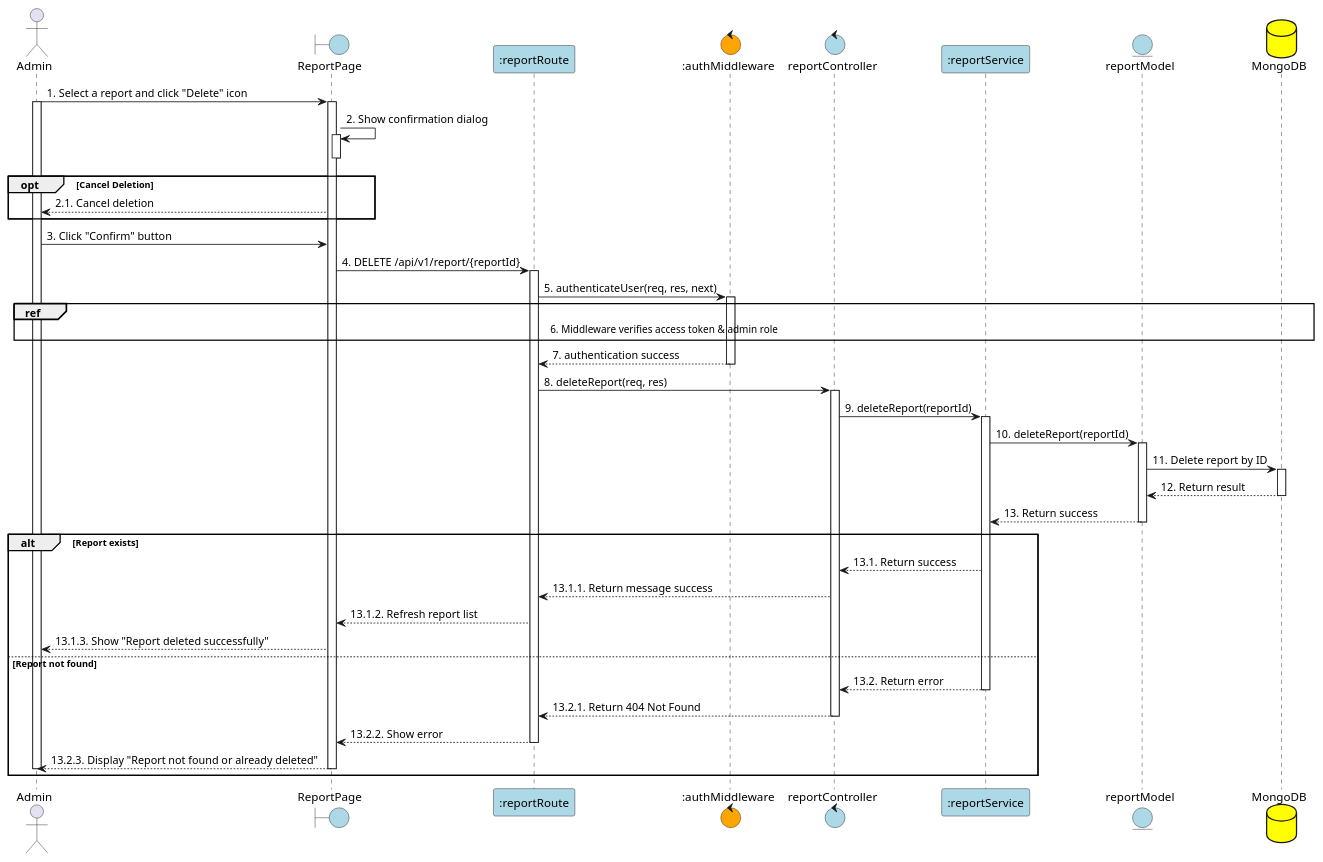
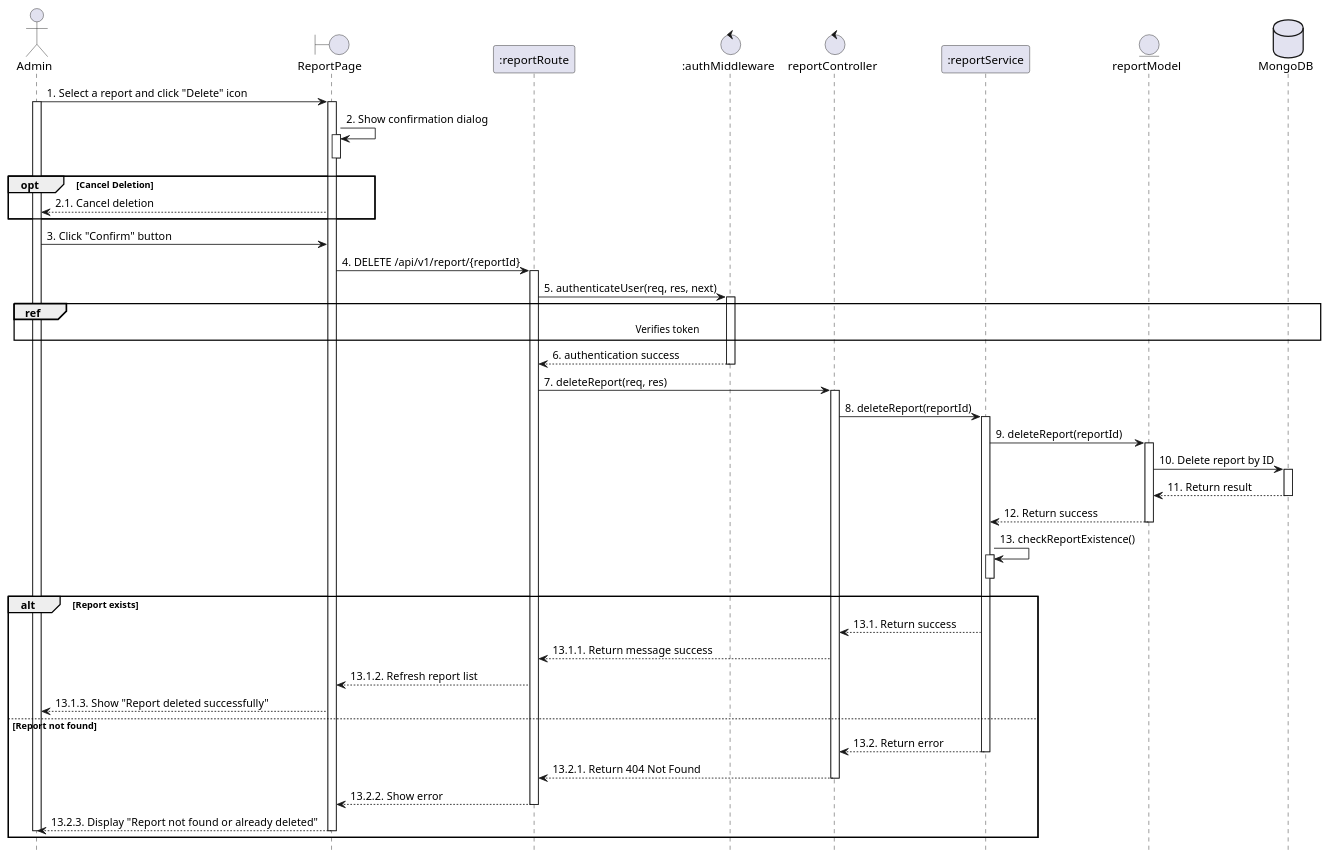
Before and after one commit to VietDurian/VietDurian: the diagram in planuml/web/19.4_deleteReport.puml, drawn with PlantUML. The commit also changed 22 other files, not shown here.

Commit message:
update sequence + be: fix type-product-pagination

```diff
--- a/planuml/web/19.4_deleteReport.puml
+++ b/planuml/web/19.4_deleteReport.puml
@@ -1,73 +1,74 @@
 @startuml DeleteReport
 
 actor Admin
-boundary "ReportPage" as View #lightblue
-participant ":reportRoute" as Route #lightblue
-control ":authMiddleware" as Auth #Orange
-control "reportController" as Controller #lightblue
-participant ":reportService" as Service #lightblue
-entity "reportModel" as Model #lightblue
-database "MongoDB" as MongoDB #yellow
+boundary "ReportPage" as View 
+participant ":reportRoute" as Route 
+control ":authMiddleware" as Auth 
+control "reportController" as Controller 
+participant ":reportService" as Service 
+entity "reportModel" as Model 
+database "MongoDB" as MongoDB 
+hide footbox
 
 Admin -> View: 1. Select a report and click "Delete" icon
 activate Admin
 activate View
 
 View -> View: 2. Show confirmation dialog
 activate View
 deactivate View
 
 opt Cancel Deletion
     View --> Admin: 2.1. Cancel deletion 
 end
 
 Admin -> View: 3. Click "Confirm" button
 
 View -> Route: 4. DELETE /api/v1/report/{reportId}
 activate Route
 
 Route -> Auth: 5. authenticateUser(req, res, next)
 activate Auth
-ref over Admin, View, Route, Auth, Controller, Service, Model, MongoDB : 6. Middleware verifies access token & admin role
+ref over Admin, MongoDB : Verifies token
 
-Auth --> Route: 7. authentication success
+Auth --> Route: 6. authentication success
 deactivate Auth
-    Route -> Controller: 8. deleteReport(req, res)
+    Route -> Controller: 7. deleteReport(req, res)
     activate Controller
 
-    Controller -> Service: 9. deleteReport(reportId)
+    Controller -> Service: 8. deleteReport(reportId)
     activate Service
 
-    Service -> Model: 10. deleteReport(reportId)
+    Service -> Model: 9. deleteReport(reportId)
     activate Model
-    Model -> MongoDB: 11. Delete report by ID
+    Model -> MongoDB: 10. Delete report by ID
     activate MongoDB
-    MongoDB --> Model: 12. Return result
+    MongoDB --> Model: 11. Return result
     deactivate MongoDB
-    Model --> Service: 13. Return success
+    Model --> Service: 12. Return success
     deactivate Model
 
+    Service -> Service: 13. checkReportExistence()
+    activate Service
+    deactivate Service
+
     alt Report exists
-
         Service --> Controller: 13.1. Return success
-
         Controller --> Route: 13.1.1. Return message success
-
         Route --> View: 13.1.2. Refresh report list
-
         View --> Admin: 13.1.3. Show "Report deleted successfully"
     else Report not found
         Service --> Controller: 13.2. Return error
         deactivate Service
 
         Controller --> Route: 13.2.1. Return 404 Not Found
         deactivate Controller
 
         Route --> View: 13.2.2. Show error
         deactivate Route
 
         View --> Admin: 13.2.3. Display "Report not found or already deleted"
         deactivate View
         deactivate Admin
     end
 @enduml
```
